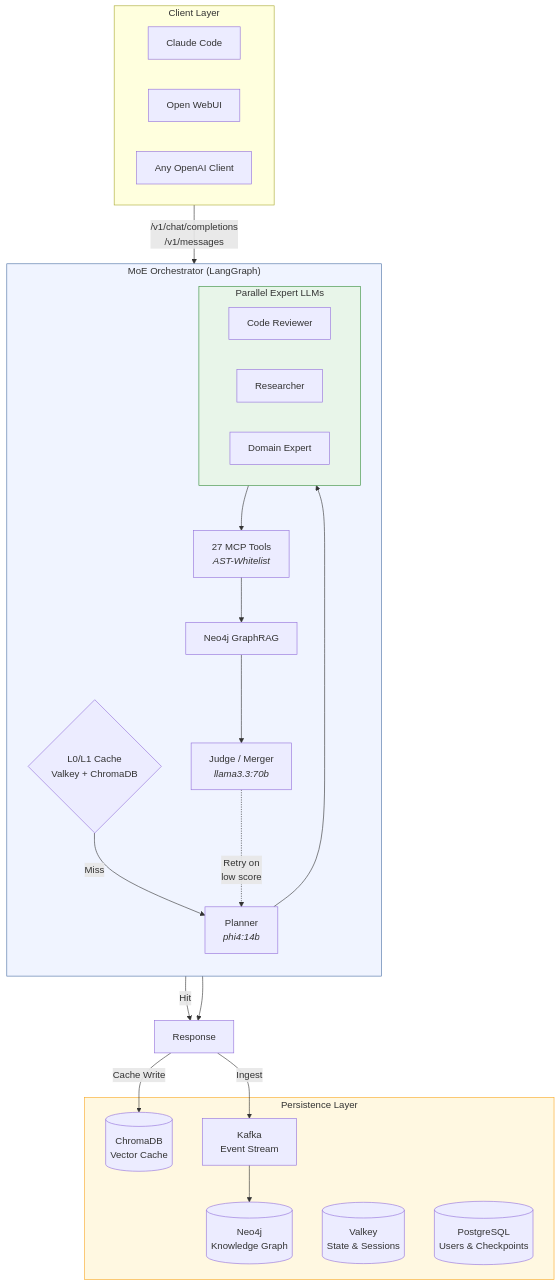
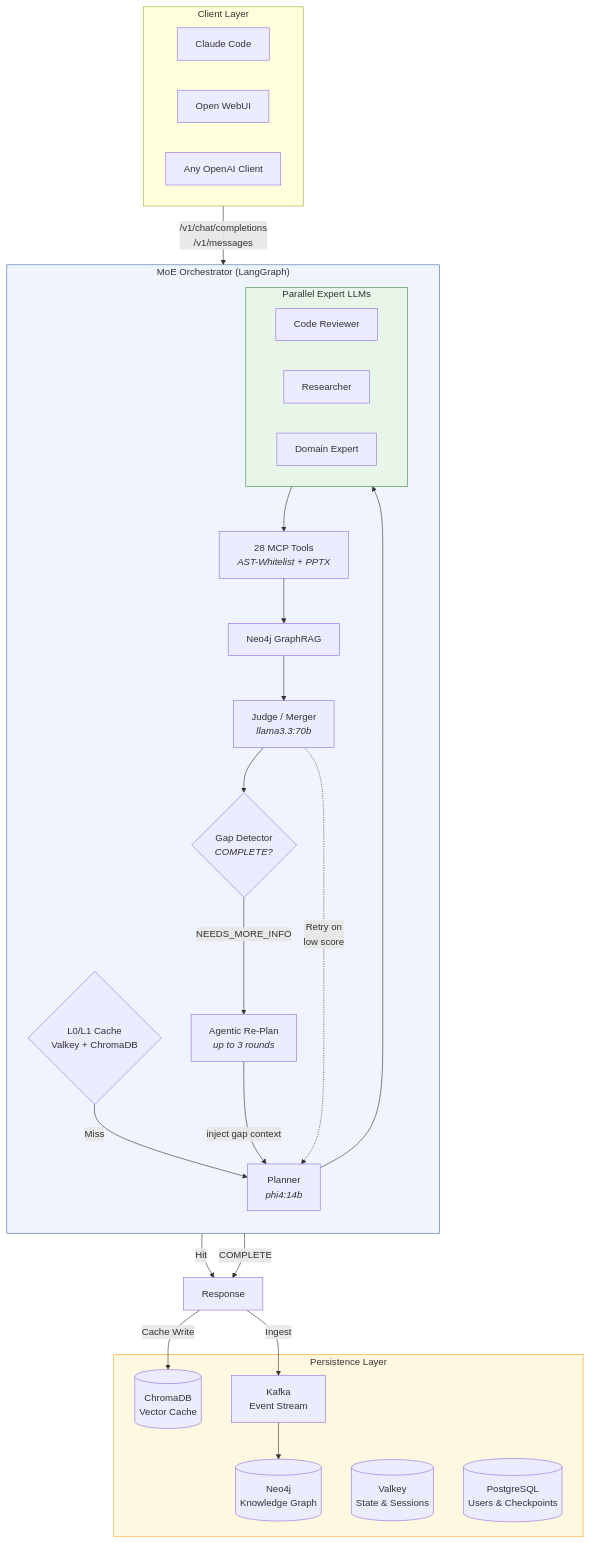
The first of 3 diagrams in README.md (h3rb3rn/moe-sovereign), drawn with Mermaid before and after one commit. The commit also changed other lines of this file and 2 other files, not shown here.

Commit message:
docs: add Agentic Re-Planning Loop, PPTX and selective export to README and docs
- README: extend architecture diagram with GapCheck/Replan nodes and Agentic
  Re-Plan pipeline stage; add capabilities 12–14 (Agentic Loop, PPTX, selective export)
- docs/index.md: add Intelligence nav row, What's New v2.4 section with Agentic
  Loop, PPTX, and selective export descriptions
- docs/system/intelligence/agentic_loop.md: new page — full architecture reference
  (AgentState table, flow diagram, re-plan context injection, safety guards)
- docs/system/pipeline.md: GapCheck + AgenticReplan nodes in Mermaid, updated
  stage table, thought-stream entry
- docs/changelog.md: v2.4.0 entry
- benchmarks/gaia_runner.py: fix missing _preprocess_question() function

````diff
--- a/README.md
+++ b/README.md
@@ -31,49 +31,54 @@
 ```mermaid
 flowchart TD
     subgraph Clients["Client Layer"]
         CC["Claude Code"]
         OW["Open WebUI"]
         API["Any OpenAI Client"]
     end
 
     subgraph Orchestrator["MoE Orchestrator (LangGraph)"]
         direction TB
         Cache{"L0/L1 Cache<br/>Valkey + ChromaDB"}
         Planner["Planner<br/><i>phi4:14b</i>"]
         
         subgraph Experts["Parallel Expert LLMs"]
             E1["Code Reviewer"]
             E2["Researcher"]
             E3["Domain Expert"]
         end
 
-        MCP["27 MCP Tools<br/><i>AST-Whitelist</i>"]
+        MCP["28 MCP Tools<br/><i>AST-Whitelist + PPTX</i>"]
         Graph["Neo4j GraphRAG"]
         Judge["Judge / Merger<br/><i>llama3.3:70b</i>"]
+        GapCheck{"Gap Detector<br/><i>COMPLETE?</i>"}
+        Replan["Agentic Re-Plan<br/><i>up to 3 rounds</i>"]
     end
 
     subgraph Storage["Persistence Layer"]
         Neo4j[("Neo4j<br/>Knowledge Graph")]
         Chroma[("ChromaDB<br/>Vector Cache")]
         Kafka["Kafka<br/>Event Stream"]
         Valkey[("Valkey<br/>State & Sessions")]
         PG[("PostgreSQL<br/>Users & Checkpoints")]
     end
 
     Clients -->|"/v1/chat/completions<br/>/v1/messages"| Cache
     Cache -->|Miss| Planner
     Cache -->|Hit| Response
     Planner --> Experts
     Experts --> MCP
     MCP --> Graph
     Graph --> Judge
-    Judge --> Response["Response"]
+    Judge --> GapCheck
+    GapCheck -->|"COMPLETE"| Response["Response"]
+    GapCheck -->|"NEEDS_MORE_INFO"| Replan
+    Replan -->|"inject gap context"| Planner
     Response -->|Ingest| Kafka
     Kafka --> Neo4j
     Response -->|Cache Write| Chroma
     Judge -.->|"Retry on<br/>low score"| Planner
 
     style Orchestrator fill:#f0f4ff,stroke:#4a6fa5
     style Experts fill:#e8f5e9,stroke:#388e3c
     style Storage fill:#fff8e1,stroke:#f9a825
 ```
````
